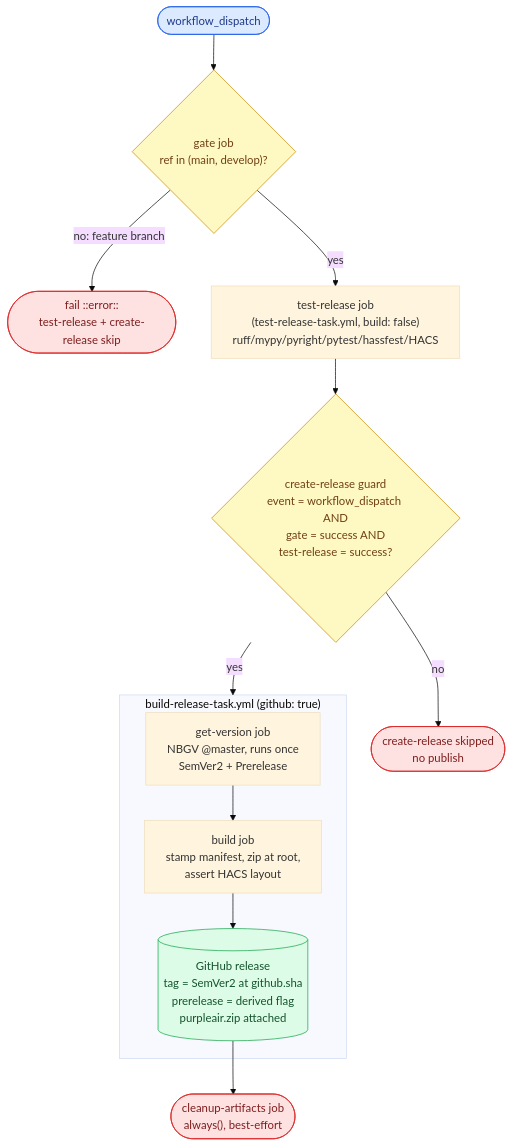
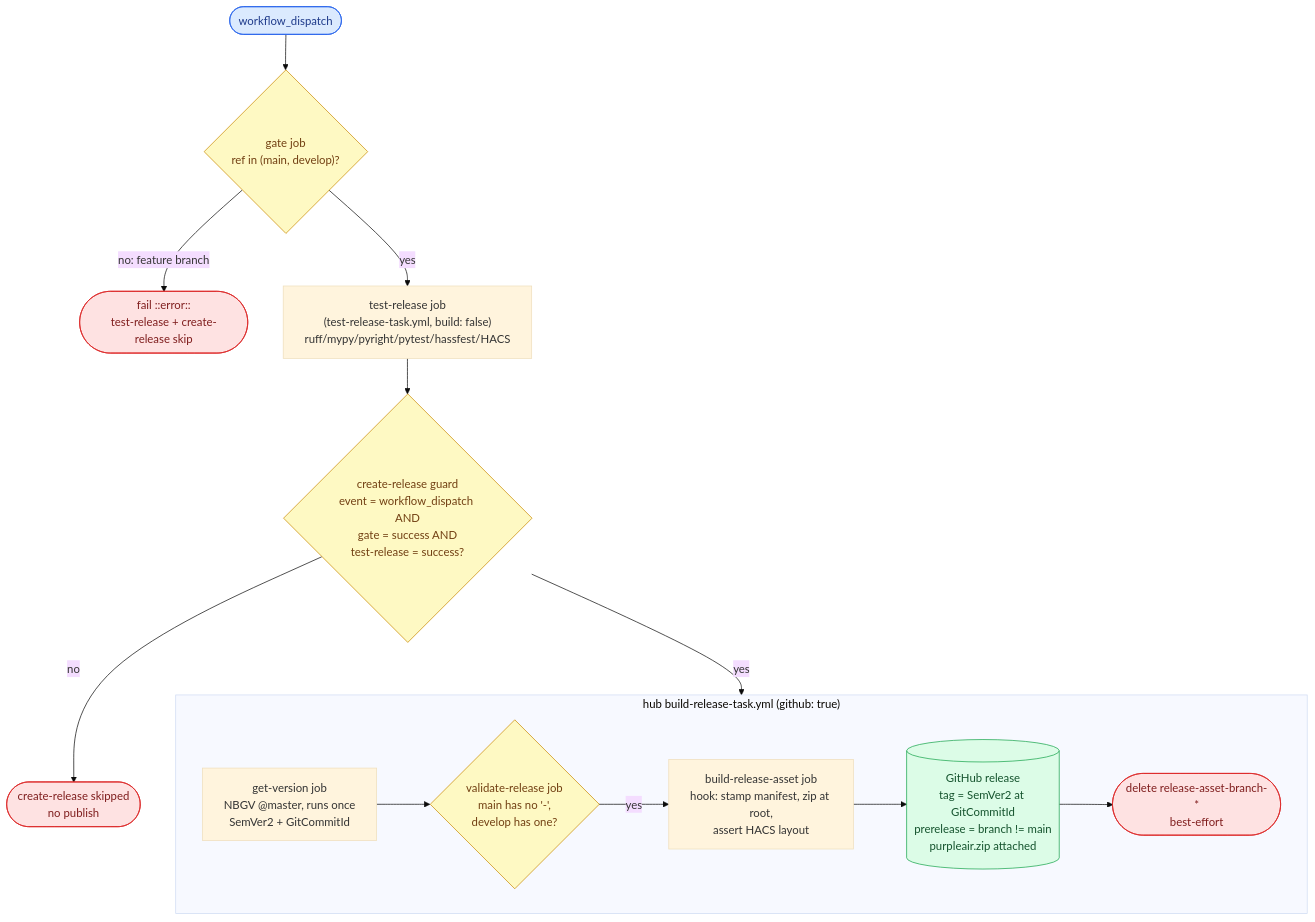
Before and after one commit to ptr727/homeassistant-purpleair: the second of 4 diagrams in WORKFLOW.md, drawn with Mermaid (base theme). The commit also changed other lines of this file and 5 other files, not shown here.

First line of the commit message:
Adopt the Hub's Release Chain Through a build-release-asset Hook

````diff
--- a/WORKFLOW.md
+++ b/WORKFLOW.md
@@ -297,18 +299,19 @@
 ```mermaid
 flowchart TD
     WD(["workflow_dispatch"]):::trig --> GT{"gate job<br/>ref in (main, develop)?"}:::gate
     GT -- "no: feature branch" --> GX(["fail ::error::<br/>test-release + create-release skip"]):::stop
     GT -- "yes" --> TR
     TR["test-release job<br/>(test-release-task.yml, build: false)<br/>ruff/mypy/pyright/pytest/hassfest/HACS"] --> CG{"create-release guard<br/>event = workflow_dispatch AND<br/>gate = success AND<br/>test-release = success?"}:::gate
     CG -- "no" --> CSKIP(["create-release skipped<br/>no publish"]):::stop
     CG -- "yes" --> BRT
-    subgraph BRT ["build-release-task.yml (github: true)"]
-        GV["get-version job<br/>NBGV @master, runs once<br/>SemVer2 + Prerelease"] --> BD["build job<br/>stamp manifest, zip at root,<br/>assert HACS layout"]
-        BD --> REL[("GitHub release<br/>tag = SemVer2 at github.sha<br/>prerelease = derived flag<br/>purpleair.zip attached")]:::pub
+    subgraph BRT ["hub build-release-task.yml (github: true)"]
+        GV["get-version job<br/>NBGV @master, runs once<br/>SemVer2 + GitCommitId"] --> VR{"validate-release job<br/>main has no '-',<br/>develop has one?"}:::gate
+        VR -- "yes" --> BD["build-release-asset job<br/>hook: stamp manifest, zip at root,<br/>assert HACS layout"]
+        BD --> REL[("GitHub release<br/>tag = SemVer2 at GitCommitId<br/>prerelease = branch != main<br/>purpleair.zip attached")]:::pub
+        REL --> CL(["delete release-asset-branch-*<br/>best-effort"]):::stop
     end
-    REL --> CL(["cleanup-artifacts job<br/>always(), best-effort"]):::stop
     classDef trig fill:#dbeafe,stroke:#2563eb,color:#1e3a8a
     classDef gate fill:#fef9c3,stroke:#ca8a04,color:#713f12
     classDef pub fill:#dcfce7,stroke:#16a34a,color:#14532d
     classDef stop fill:#fee2e2,stroke:#dc2626,color:#7f1d1d
 ```
````
